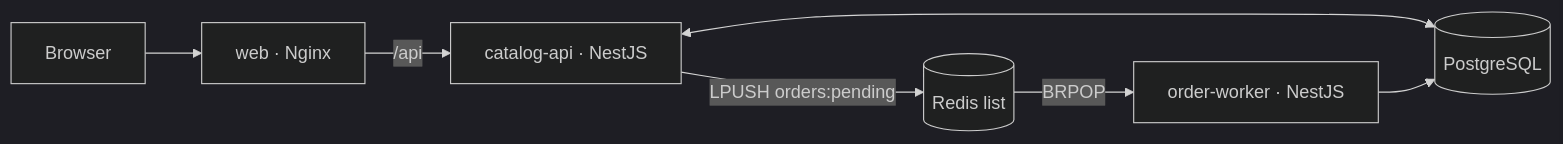
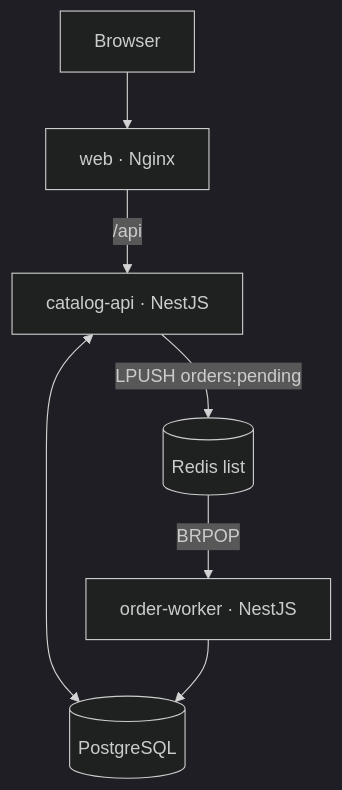
The diagram in README.md (proatik/shoplite-app), drawn with Mermaid (dark theme) before and after one commit.

Commit message:
docs(repo): draw the order flow top to bottom

````diff
--- a/README.md
+++ b/README.md
@@ -10,9 +10,9 @@
 ```mermaid
-flowchart LR
+flowchart TB
     B["Browser"] --> WEB["web · Nginx"]
     WEB -->|"/api"| API["catalog-api · NestJS"]
     API <--> PG[("PostgreSQL")]
     API -->|"LPUSH orders:pending"| Q[("Redis list")]
     Q -->|"BRPOP"| WK["order-worker · NestJS"]
     WK --> PG
 ```
````
